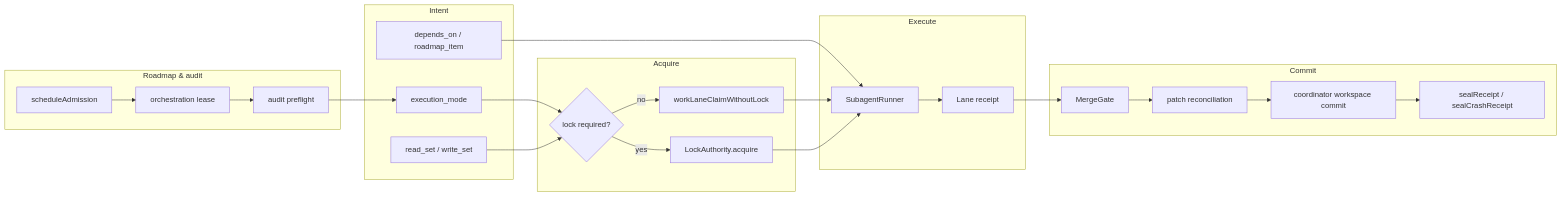
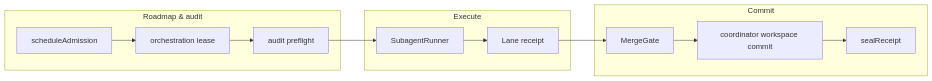
The first of 2 diagrams in README.md (CardSorting/LUMI), drawn with Mermaid before and after one commit. The commit also changed other lines of this file and 1 other file, not shown here.

````diff
--- a/README.md
+++ b/README.md
@@ -409,35 +185,18 @@
 ```mermaid
 flowchart LR
   subgraph coord ["Roadmap & audit"]
     AD[scheduleAdmission]
     OL[orchestration lease]
     PF[audit preflight]
   end
-  subgraph classify ["Intent"]
-    M[execution_mode]
-    RW[read_set / write_set]
-    DAG[depends_on / roadmap_item]
-  end
-  subgraph acquire ["Acquire"]
-    L{lock required?}
-    SK[workLaneClaimWithoutLock]
-    LC[LockAuthority.acquire]
-  end
   subgraph execute ["Execute"]
     R[SubagentRunner]
     RC[Lane receipt]
   end
   subgraph commit ["Commit"]
     MG[MergeGate]
-    PR[patch reconciliation]
     WC[coordinator workspace commit]
-    SE[sealReceipt / sealCrashReceipt]
+    SE[sealReceipt]
   end
-  AD --> OL --> PF --> M
-  M --> L
-  RW --> L
-  DAG --> R
-  L -->|no| SK --> R
-  L -->|yes| LC --> R
-  R --> RC --> MG --> PR --> WC --> SE
+  AD --> OL --> PF --> R --> RC --> MG --> WC --> SE
 ```
````
